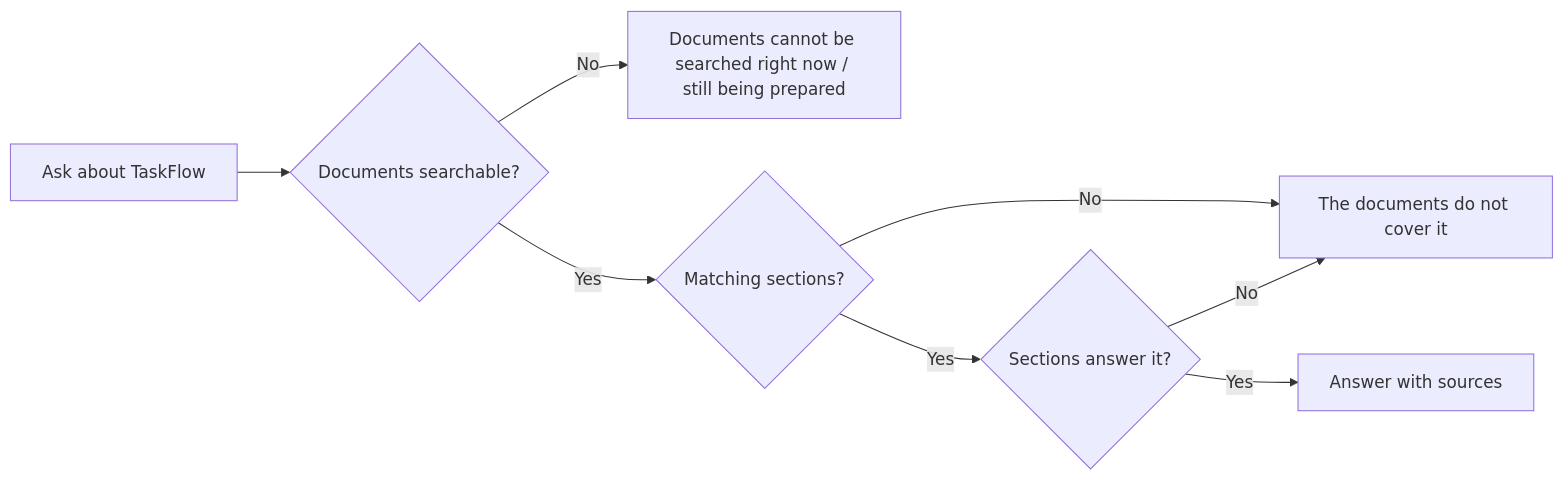
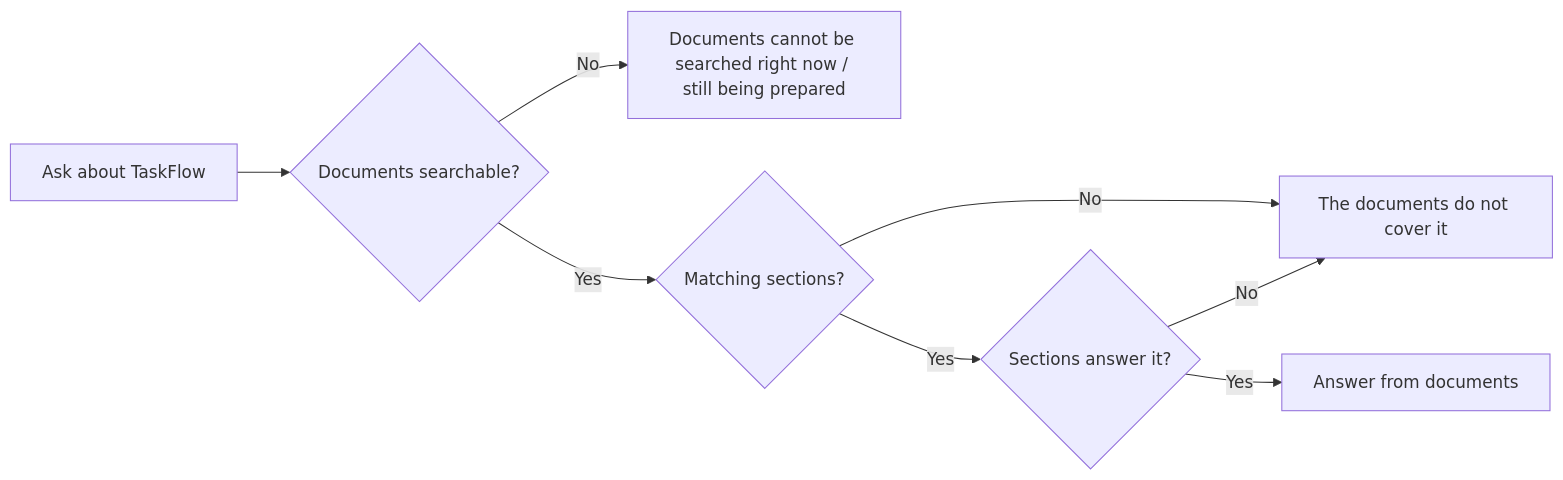
Before and after one commit to jojogeorge3344/TaskFlow-Project: the third of 3 diagrams in TF - Documents/TF - BRD/08-TFA-Assistant/08.1-Assistant/BRD-Assistant.md, drawn with Mermaid. The commit also changed other lines of this file and 16 other files, not shown here.

````diff
--- a/TF - Documents/TF - BRD/08-TFA-Assistant/08.1-Assistant/BRD-Assistant.md
+++ b/TF - Documents/TF - BRD/08-TFA-Assistant/08.1-Assistant/BRD-Assistant.md
@@ -228,10 +229,10 @@
 ```mermaid
 flowchart LR
   A["Ask about TaskFlow"] --> B{"Documents searchable?"}
   B -- No --> C["Documents cannot be searched right now / still being prepared"]
   B -- Yes --> D{"Matching sections?"}
   D -- No --> E["The documents do not cover it"]
   D -- Yes --> F{"Sections answer it?"}
-  F -- Yes --> G["Answer with sources"]
+  F -- Yes --> G["Answer from documents"]
   F -- No --> E
 ```
````
